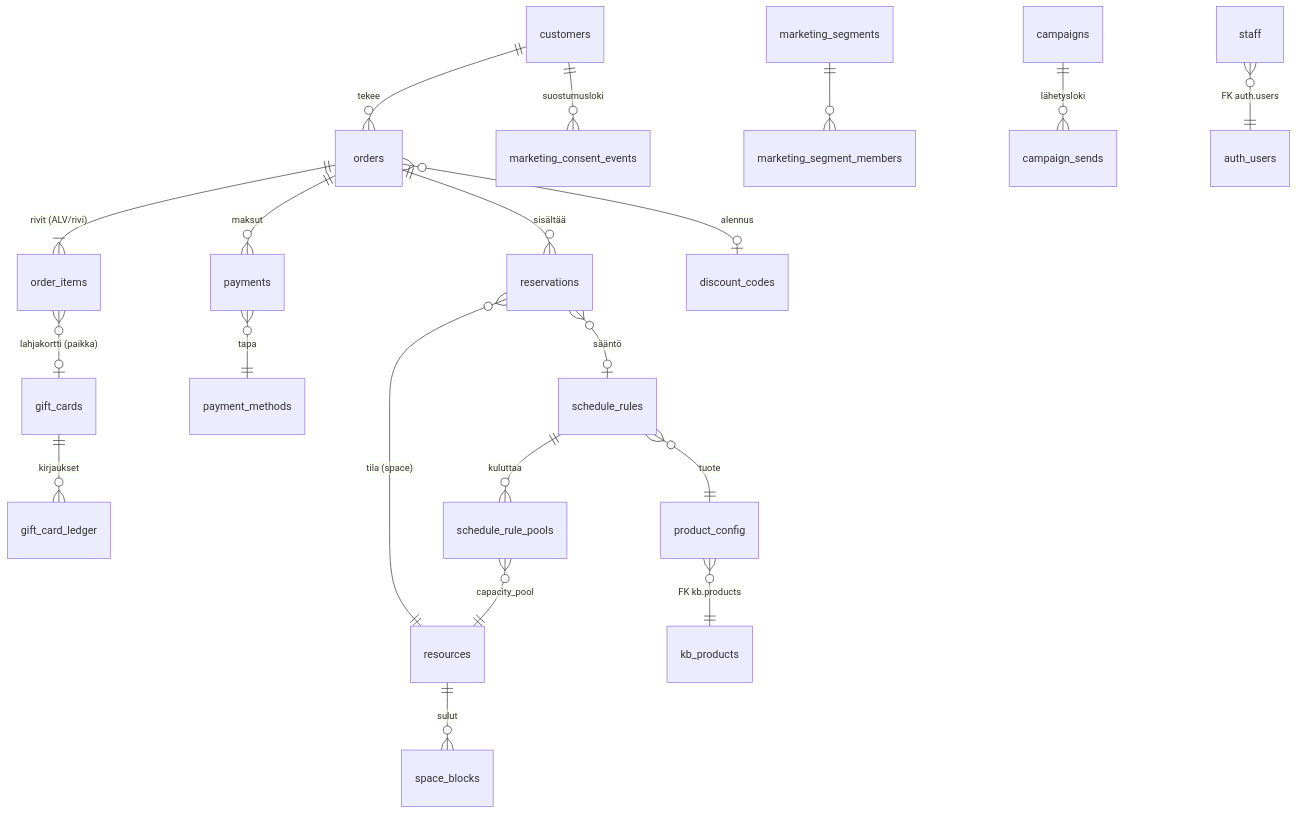
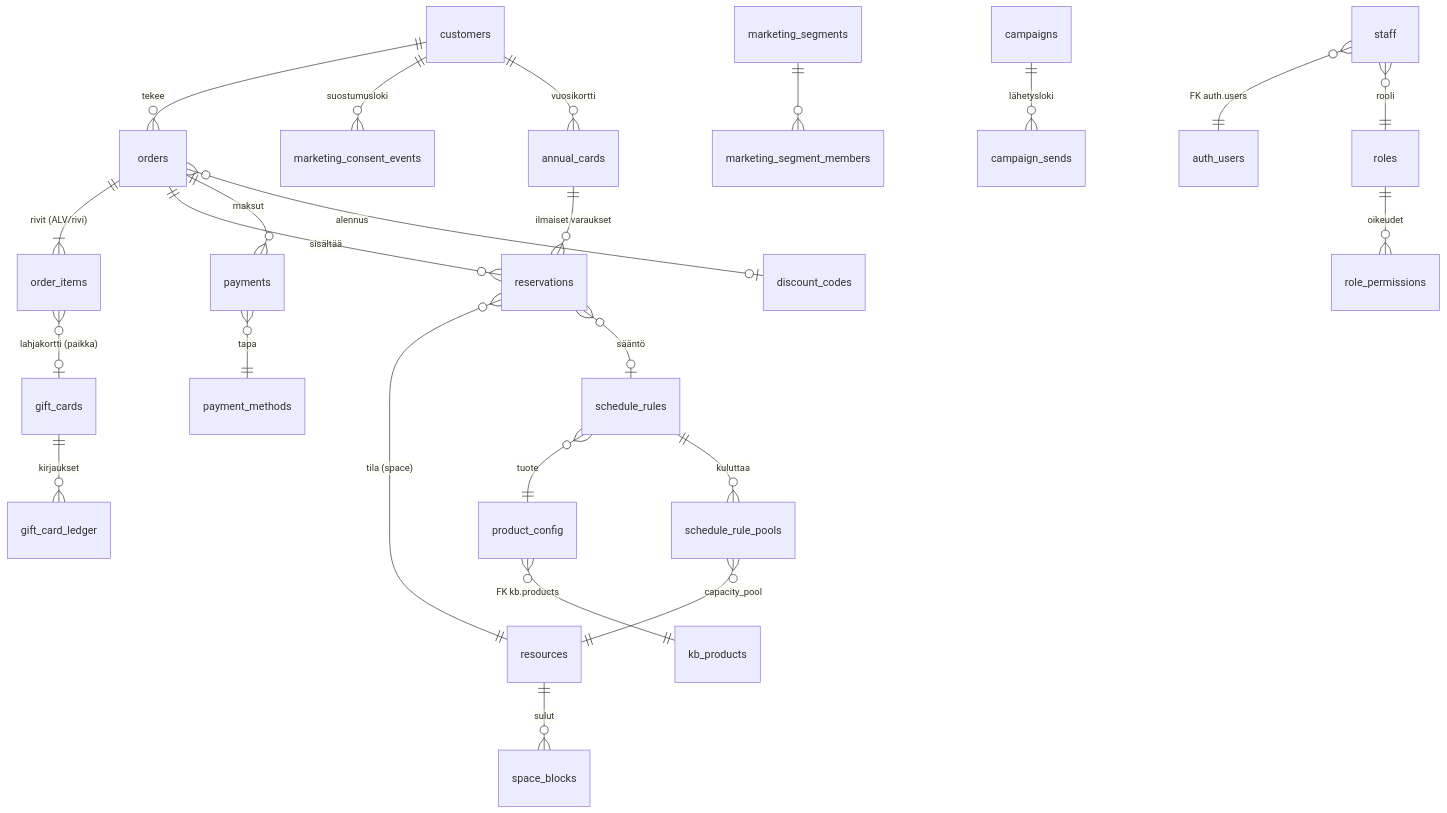
Before and after one commit to joonasvaarala/saunotus-uusi: the second of 2 diagrams in booking/README.md, drawn with Mermaid. The commit also changed other lines of this file and 68 other files, not shown here.

````diff
--- a/booking/README.md
+++ b/booking/README.md
@@ -47,22 +49,26 @@
 ```mermaid
 erDiagram
   customers ||--o{ orders : "tekee"
   orders ||--|{ order_items : "rivit (ALV/rivi)"
   orders ||--o{ reservations : "sisältää"
   orders ||--o{ payments : "maksut"
   orders }o--o| discount_codes : "alennus"
   order_items }o--o| gift_cards : "lahjakortti (paikka)"
   gift_cards ||--o{ gift_card_ledger : "kirjaukset"
   payments }o--|| payment_methods : "tapa"
   reservations }o--|| resources : "tila (space)"
   reservations }o--o| schedule_rules : "sääntö"
   schedule_rules }o--|| product_config : "tuote"
   schedule_rules ||--o{ schedule_rule_pools : "kuluttaa"
   schedule_rule_pools }o--|| resources : "capacity_pool"
   product_config }o--|| kb_products : "FK kb.products"
   resources ||--o{ space_blocks : "sulut"
   customers ||--o{ marketing_consent_events : "suostumusloki"
   marketing_segments ||--o{ marketing_segment_members : ""
   campaigns ||--o{ campaign_sends : "lähetysloki"
   staff }o--|| auth_users : "FK auth.users"
+  staff }o--|| roles : "rooli"
+  roles ||--o{ role_permissions : "oikeudet"
+  customers ||--o{ annual_cards : "vuosikortti"
+  annual_cards ||--o{ reservations : "ilmaiset varaukset"
 ```
````
